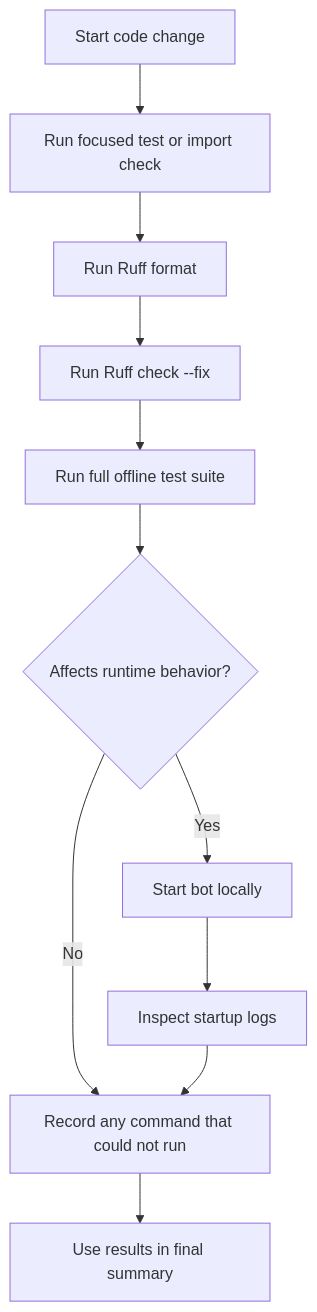
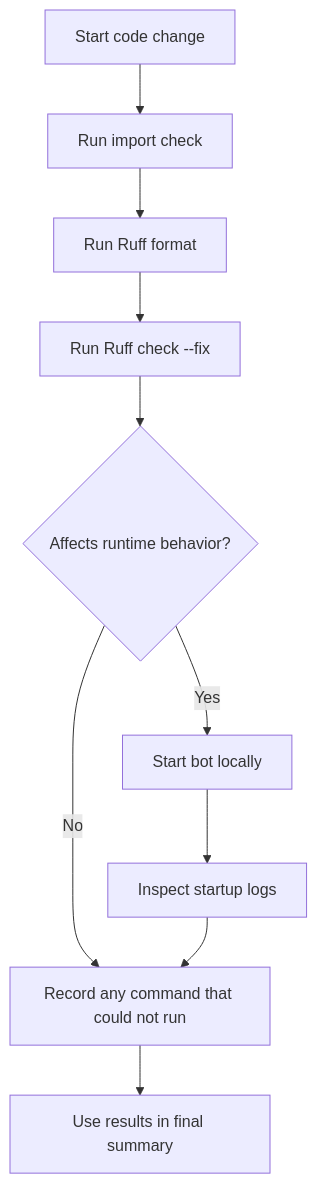
The diagram in .agents/WORKFLOW.md (D1ZZY4/tcbot), drawn with Mermaid before and after one commit. The commit also changed other lines of this file and 133 other files, not shown here.

First line of the commit message:
Remove all tests and test references

````diff
--- a/.agents/WORKFLOW.md
+++ b/.agents/WORKFLOW.md
@@ -66,13 +58,12 @@
 ```mermaid
 flowchart TD
-    Start[Start code change] --> Focused[Run focused test or import check]
+    Start[Start code change] --> Focused[Run import check]
     Focused --> Format[Run Ruff format]
     Format --> Check[Run Ruff check --fix]
-    Check --> FullTests[Run full offline test suite]
-    FullTests --> Runtime{Affects runtime behavior?}
+    Check --> Runtime{Affects runtime behavior?}
     Runtime -->|Yes| StartBot[Start bot locally]
     StartBot --> Inspect[Inspect startup logs]
     Runtime -->|No| Report[Record any command that could not run]
     Inspect --> Report
     Report --> Summary[Use results in final summary]
 ```
````
